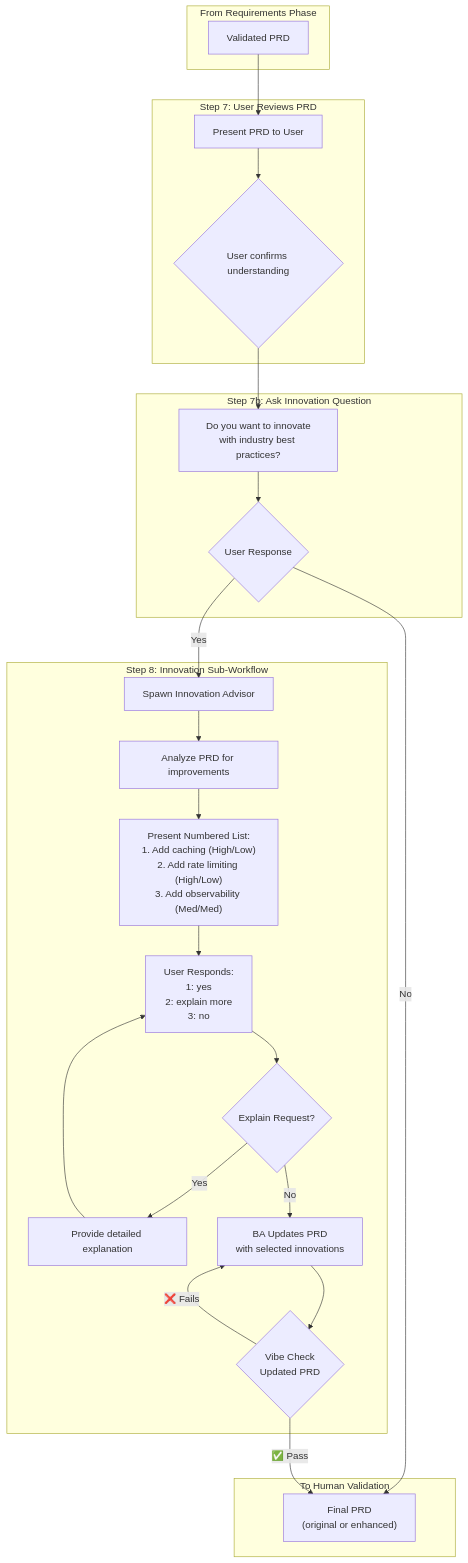
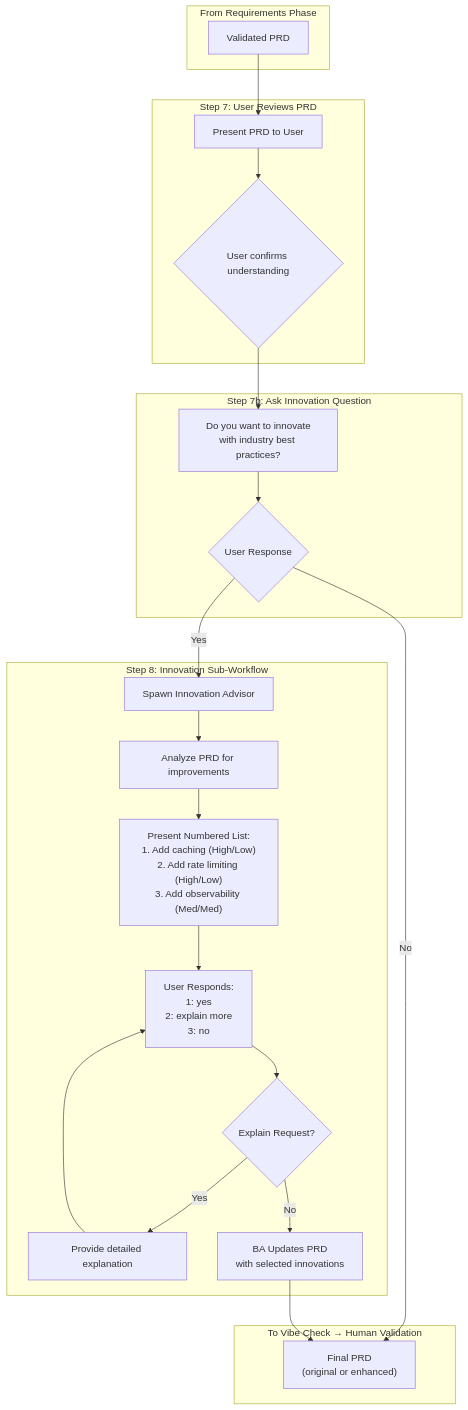
One commit to metasaver/metasaver-marketplace changed the second of 5 diagrams in docs/build-command-target-state.md. Above: the diagram before and after it, drawn with Mermaid. The commit also changed other lines of this file and 11 other files, not shown here.

````diff
--- a/docs/build-command-target-state.md
+++ b/docs/build-command-target-state.md
@@ -87,48 +93,45 @@
 ```mermaid
 flowchart TB
     subgraph Input["From Requirements Phase"]
         PRD["Validated PRD"]
     end
 
     subgraph UserReview["Step 7: User Reviews PRD"]
         U1["Present PRD to User"]
         U2{"User confirms understanding"}
     end
 
     subgraph AskInnovate["Step 7b: Ask Innovation Question"]
         Q1["Do you want to innovate<br/>with industry best practices?"]
         Q2{"User Response"}
     end
 
     subgraph Innovation["Step 8: Innovation Sub-Workflow"]
         I1["Spawn Innovation Advisor"]
         I2["Analyze PRD for improvements"]
         I3["Present Numbered List:<br/>1. Add caching (High/Low)<br/>2. Add rate limiting (High/Low)<br/>3. Add observability (Med/Med)"]
         I4["User Responds:<br/>1: yes<br/>2: explain more<br/>3: no"]
         I5{"Explain Request?"}
         I6["Provide detailed explanation"]
         I7["BA Updates PRD<br/>with selected innovations"]
-        I8{"Vibe Check<br/>Updated PRD"}
     end
 
-    subgraph Output["To Human Validation"]
+    subgraph Output["To Vibe Check → Human Validation"]
         OUT["Final PRD<br/>(original or enhanced)"]
     end
 
     PRD --> U1
     U1 --> U2
     U2 --> Q1
     Q1 --> Q2
     Q2 -->|"No"| OUT
     Q2 -->|"Yes"| I1
     I1 --> I2
     I2 --> I3
     I3 --> I4
     I4 --> I5
     I5 -->|"Yes"| I6
     I6 --> I4
     I5 -->|"No"| I7
-    I7 --> I8
-    I8 -->|"❌ Fails"| I7
-    I8 -->|"✅ Pass"| OUT
+    I7 --> OUT
 ```
````
